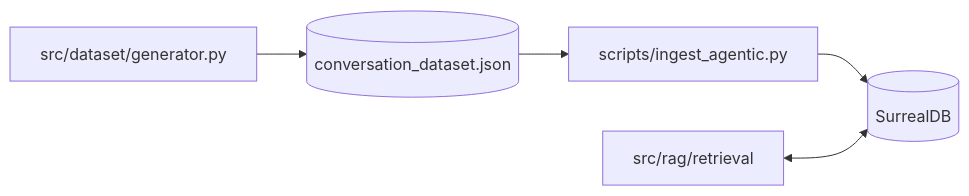
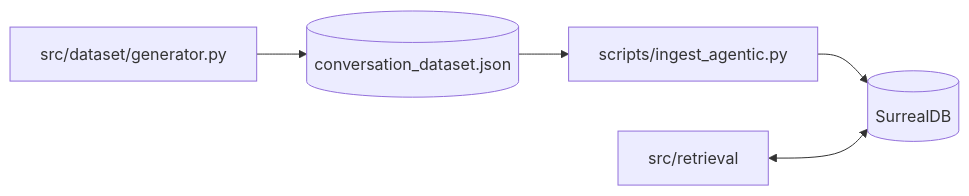
The first of 5 diagrams in README.md (daruoktab/tempograph), drawn with Mermaid before and after one commit. The commit also changed other lines of this file and 104 other files, not shown here.

First line of the commit message:
Refactor: Flatten src/ structure and implement Graphiti-like graph algorithms

````diff
--- a/README.md
+++ b/README.md
@@ -28,11 +28,11 @@
 ```mermaid
 flowchart LR
     GEN[src/dataset/generator.py]
     JSON[(conversation_dataset.json)]
     ING[scripts/ingest_agentic.py]
     DB[(SurrealDB)]
-    RET[src/rag/retrieval]
+    RET[src/retrieval]
 
     GEN --> JSON --> ING --> DB
     RET <--> DB
 ```
````
